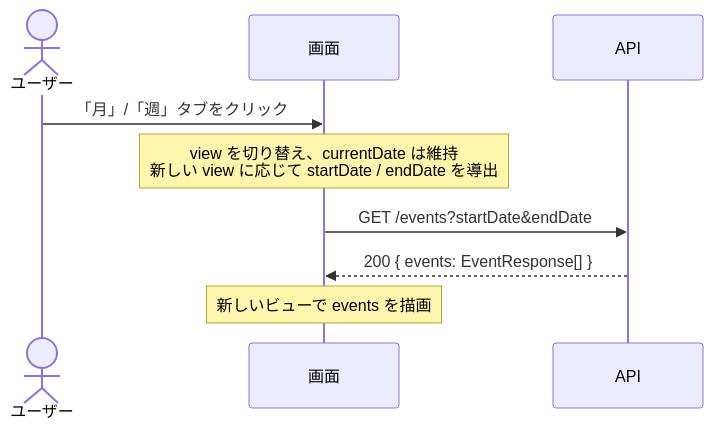
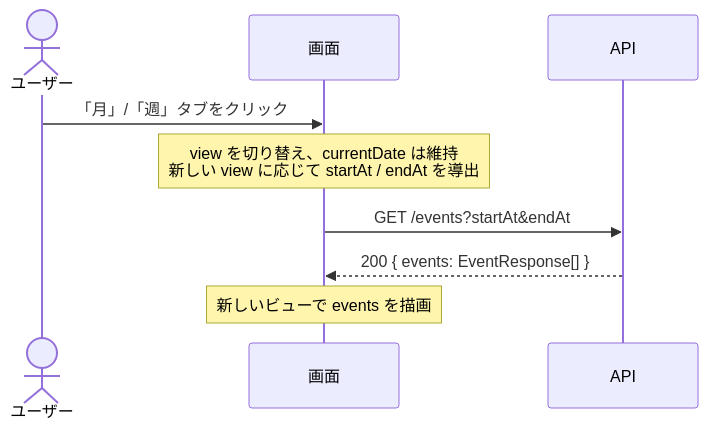
Before and after one commit to Haya372/ai-trial: the fourth of 5 diagrams in docs/spec/SPEC-002-calendar-view.md, drawn with Mermaid. The commit also changed other lines of this file and 1 other file, not shown here.

Commit message:
docs: Update GET /events query to UTC datetime range in SPEC-002

````diff
--- a/docs/spec/SPEC-002-calendar-view.md
+++ b/docs/spec/SPEC-002-calendar-view.md
@@ -189,11 +192,11 @@
 ```mermaid
 sequenceDiagram
     actor User as ユーザー
     participant UI as 画面
     participant API as API
     User->>UI: 「月」/「週」タブをクリック
-    Note over UI: view を切り替え、currentDate は維持<br/>新しい view に応じて startDate / endDate を導出
-    UI->>API: GET /events?startDate&endDate
+    Note over UI: view を切り替え、currentDate は維持<br/>新しい view に応じて startAt / endAt を導出
+    UI->>API: GET /events?startAt&endAt
     API-->>UI: 200 { events: EventResponse[] }
     Note over UI: 新しいビューで events を描画
 ```
````
